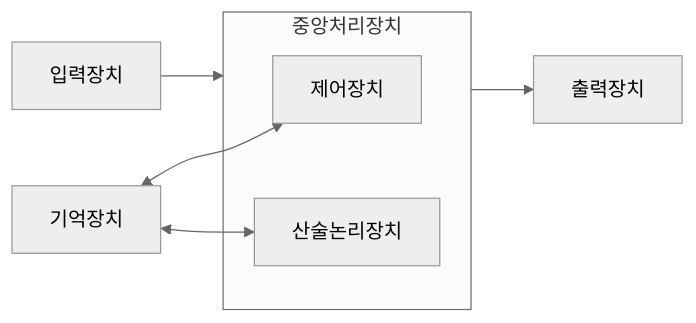
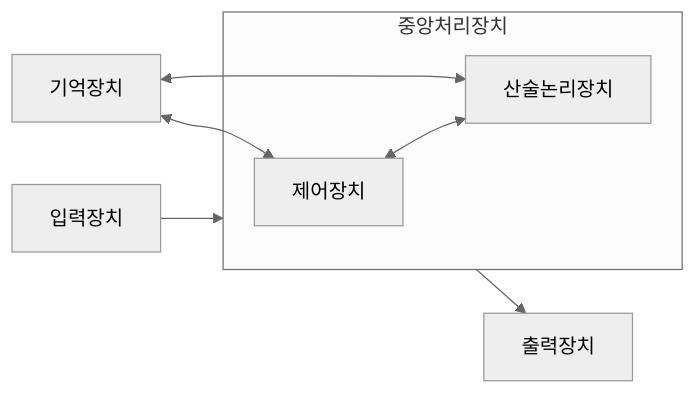
One commit to Choroning/24Spring_Python changed the first of 5 diagrams in Lecture-Notes/Lec01_Computer-Architecture-and-Introduction-to-Python/Concepts_Lecture.ko.md. Above: the diagram before and after it, drawn with Mermaid (neutral theme). The commit also changed other lines of this file and 34 other files, not shown here.

````diff
--- a/Lecture-Notes/Lec01_Computer-Architecture-and-Introduction-to-Python/Concepts_Lecture.ko.md
+++ b/Lecture-Notes/Lec01_Computer-Architecture-and-Introduction-to-Python/Concepts_Lecture.ko.md
@@ -76,14 +76,15 @@
 ```mermaid
 graph LR
     subgraph cpu["중앙처리장치"]
         cu["제어장치"]
         alu["산술논리장치"]
     end
     mem["기억장치"]
     inp["입력장치"]
     outp["출력장치"]
     mem <--> cu
     mem <--> alu
+    cu <--> alu
     inp --> cpu
     cpu --> outp
 ```
````
